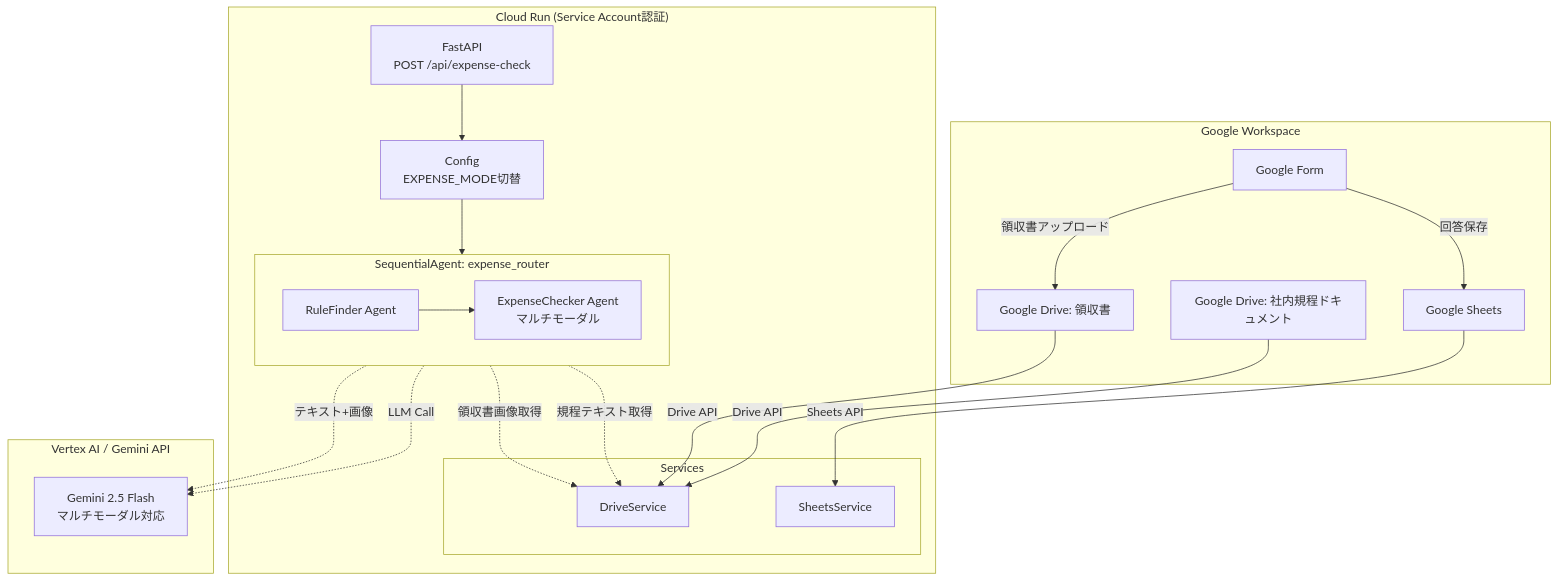
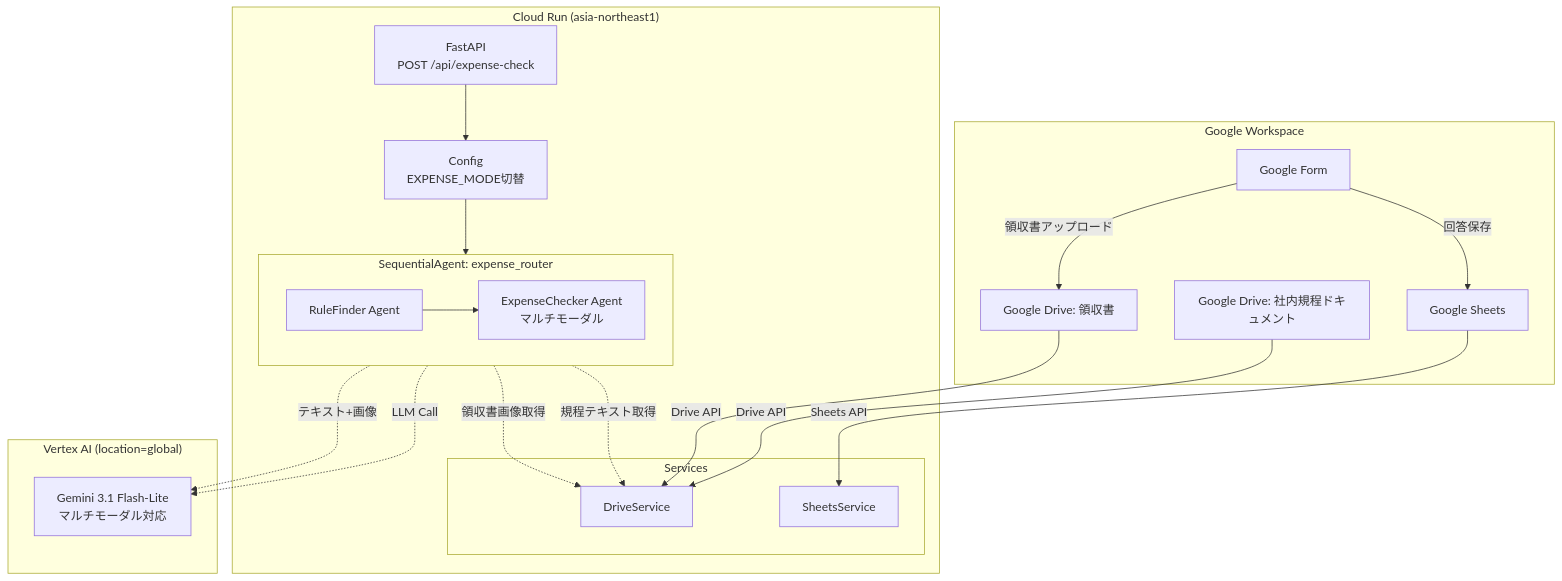
Before and after one commit to snickerjp/expense-agent-workflow: the first of 2 diagrams in README.md, drawn with Mermaid. The commit also changed other lines of this file, not shown here.

````diff
--- a/README.md
+++ b/README.md
@@ -15,40 +18,40 @@
 ```mermaid
 graph TB
     subgraph "Google Workspace"
         GF[Google Form] -->|回答保存| GS[Google Sheets]
         GF -->|領収書アップロード| GD_R[Google Drive: 領収書]
         GD_K[Google Drive: 社内規程ドキュメント]
     end
 
-    subgraph "Cloud Run (Service Account認証)"
+    subgraph "Cloud Run (asia-northeast1)"
         API[FastAPI<br>POST /api/expense-check]
         CFG[Config<br>EXPENSE_MODE切替]
 
         subgraph "SequentialAgent: expense_router"
             direction LR
             RF[RuleFinder Agent]
             EC[ExpenseChecker Agent<br>マルチモーダル]
             RF --> EC
         end
 
         subgraph "Services"
             DS[DriveService]
             SS[SheetsService]
         end
     end
 
-    subgraph "Vertex AI / Gemini API"
-        GEMINI[Gemini 2.5 Flash<br>マルチモーダル対応]
+    subgraph "Vertex AI (location=global)"
+        GEMINI[Gemini 3.1 Flash-Lite<br>マルチモーダル対応]
     end
 
     GS -->|Sheets API| SS
     GD_K -->|Drive API| DS
     GD_R -->|Drive API| DS
 
     API --> CFG
     CFG --> RF
     RF -.->|規程テキスト取得| DS
     EC -.->|領収書画像取得| DS
     RF -.->|LLM Call| GEMINI
     EC -.->|テキスト+画像| GEMINI
 ```
````
